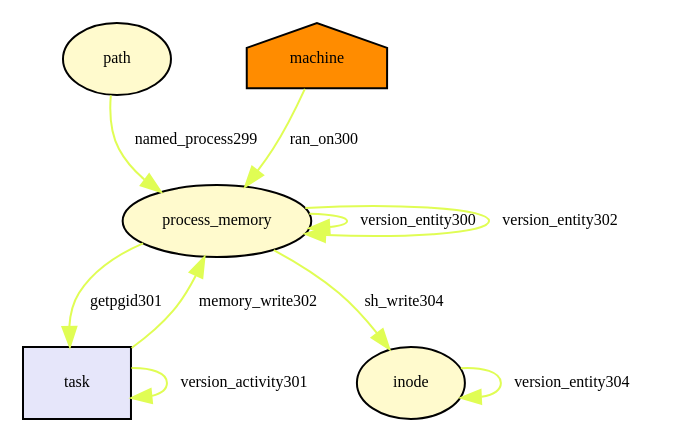
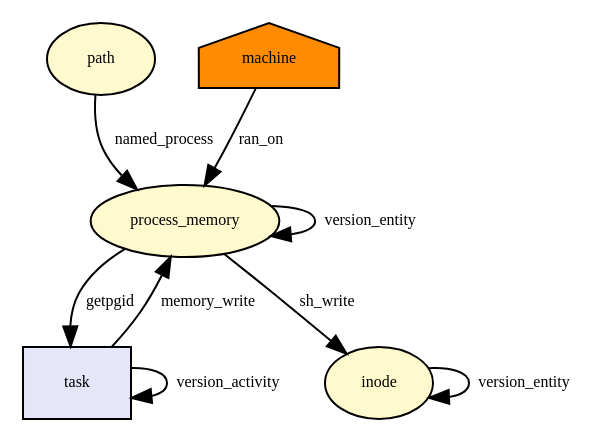
One commit to TinkerBellSystem/graph-matching changed the diagram in tmp/provenance_task_getpgid.dot. Above: the diagram before and after it, drawn with Graphviz. The commit also changed 64 other files, not shown here.

Commit message:
simply graph

```diff
--- a/tmp/provenance_task_getpgid.dot
+++ b/tmp/provenance_task_getpgid.dot
@@ -1,29 +1,27 @@
 digraph RGL__DirectedAdjacencyGraph {path[fontsize = 8,label = "path",shape = ellipse, fillcolor="#fffacd", style = filled]
 
 process_memory[fontsize = 8,label = "process_memory",shape = ellipse, fillcolor="#fffacd", style = filled]
 
-path -> process_memory[fontsize = 8,label = "named_process299", color="#e0fd54"]
+path -> process_memory[fontsize = 8,label = "named_process", color="#000000"]
 
-process_memory -> process_memory[fontsize = 8,label = "version_entity300", color="#e0fd54"]
+process_memory -> process_memory[fontsize = 8,label = "version_entity", color="#000000"]
 
 machine[fontsize = 8,label = "machine",shape = house, fillcolor="#ff8c00", style = filled]
 
-machine -> process_memory[fontsize = 8,label = "ran_on300", color="#e0fd54"]
+machine -> process_memory[fontsize = 8,label = "ran_on", color="#000000"]
 
 task[fontsize = 8,label = "task",shape = rectangle, fillcolor="#e6e6fa", style = filled]
 
-task -> task[fontsize = 8,label = "version_activity301", color="#e0fd54"]
+task -> task[fontsize = 8,label = "version_activity", color="#000000"]
 
-process_memory -> task[fontsize = 8,label = "getpgid301", color="#e0fd54"]
+process_memory -> task[fontsize = 8,label = "getpgid", color="#000000"]
 
-process_memory -> process_memory[fontsize = 8,label = "version_entity302", color="#e0fd54"]
-
-task -> process_memory[fontsize = 8,label = "memory_write302", color="#e0fd54"]
+task -> process_memory[fontsize = 8,label = "memory_write", color="#000000"]
 
 inode[fontsize = 8,label = "inode",shape = ellipse, fillcolor="#fffacd", style = filled]
 
-inode -> inode[fontsize = 8,label = "version_entity304", color="#e0fd54"]
+inode -> inode[fontsize = 8,label = "version_entity", color="#000000"]
 
-process_memory -> inode[fontsize = 8,label = "sh_write304", color="#e0fd54"]
+process_memory -> inode[fontsize = 8,label = "sh_write", color="#000000"]
 
 }
```
